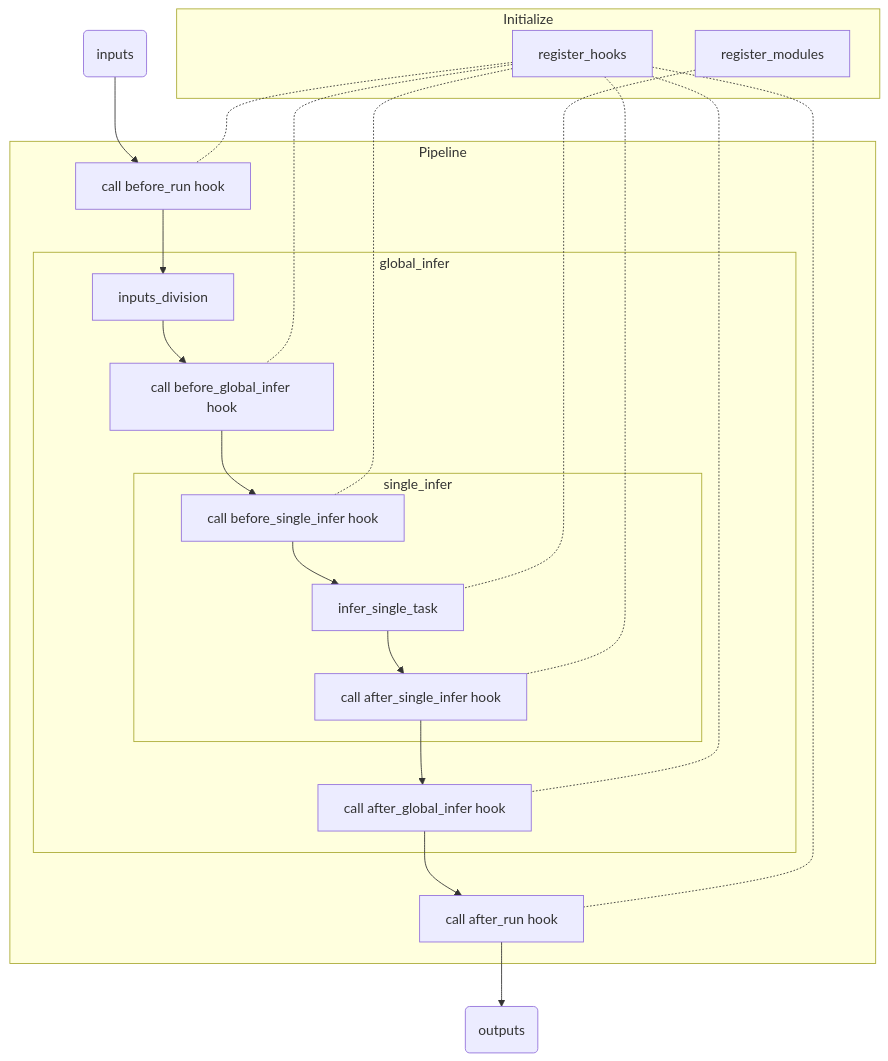
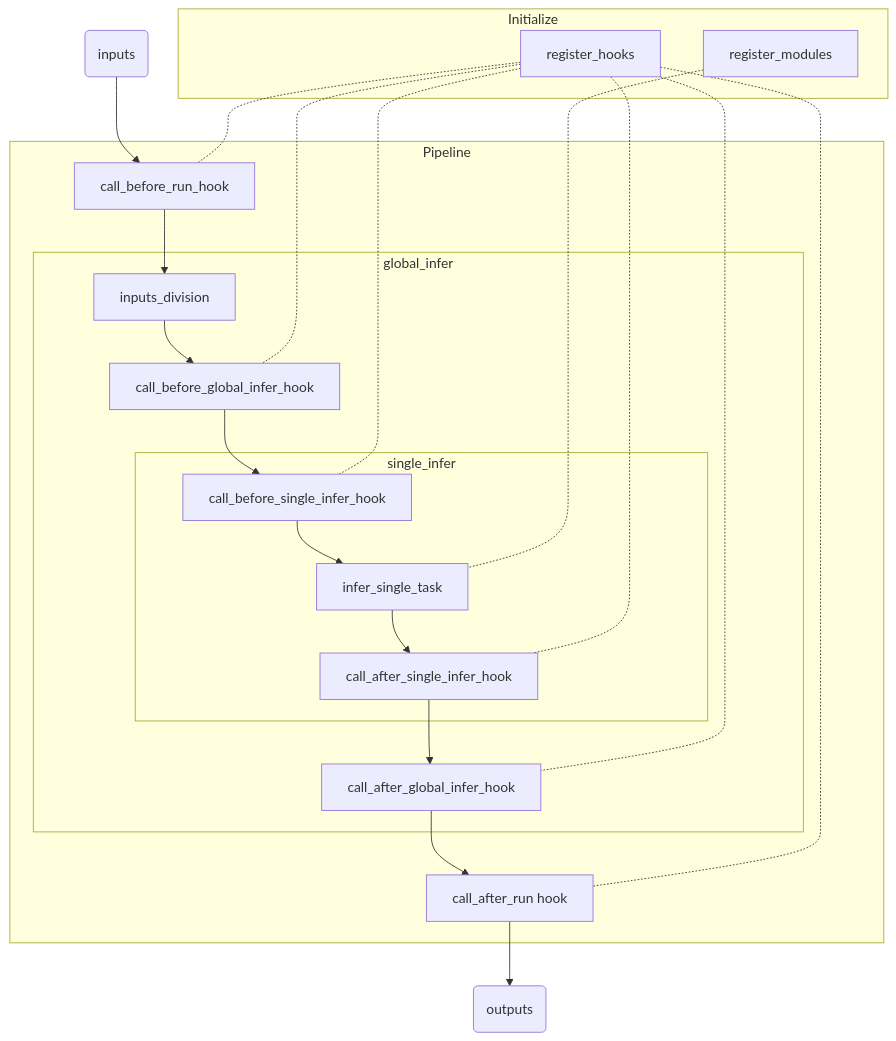
One commit to zywvvd/vvdutils changed the diagram in mtutils/lib/mario/README.md. Above: the diagram before and after it, drawn with Mermaid. The commit also changed 1 other file, not shown here.

````diff
--- a/mtutils/lib/mario/README.md
+++ b/mtutils/lib/mario/README.md
@@ -28,49 +28,48 @@
 ```mermaid
 graph TD
 inputs(inputs)
-
-before_run[call before_run hook]
-before_global_infer[call before_global_infer hook]
+before_run[call_before_run_hook]
+before_global_infer[call_before_global_infer_hook]
 inputs_division[inputs_division]
 infer_single_task[infer_single_task]
-after_global_infer[call after_global_infer hook]
-before_single_infer[call before_single_infer hook]
-after_single_infer[call after_single_infer hook]
-after_run[call after_run hook]
+after_global_infer[call_after_global_infer_hook]
+before_single_infer[call_before_single_infer_hook]
+after_single_infer[call_after_single_infer_hook]
+after_run[call_after_run hook]
 outputs(outputs)
 
 
 inputs --> before_run 
 
 subgraph Pipeline
 before_run--> inputs_division 
 
 
 subgraph global_infer
 inputs_division --> before_global_infer 
 before_global_infer--> before_single_infer
 subgraph single_infer
 before_single_infer --> infer_single_task
 infer_single_task --> after_single_infer
 end
 after_single_infer --> after_global_infer
 end
 after_global_infer --> after_run
 end
 after_run --> outputs
 
 register_hooks[register_hooks]
 register_module[register_modules]
 
 subgraph Initialize
 register_module -.- infer_single_task
 register_hooks -.- before_run
 register_hooks -.- before_global_infer
 register_hooks -.- before_single_infer
 register_hooks -.- after_single_infer
 register_hooks -.- after_global_infer
 register_hooks -.- after_run
 
 
 end
 ```
````
